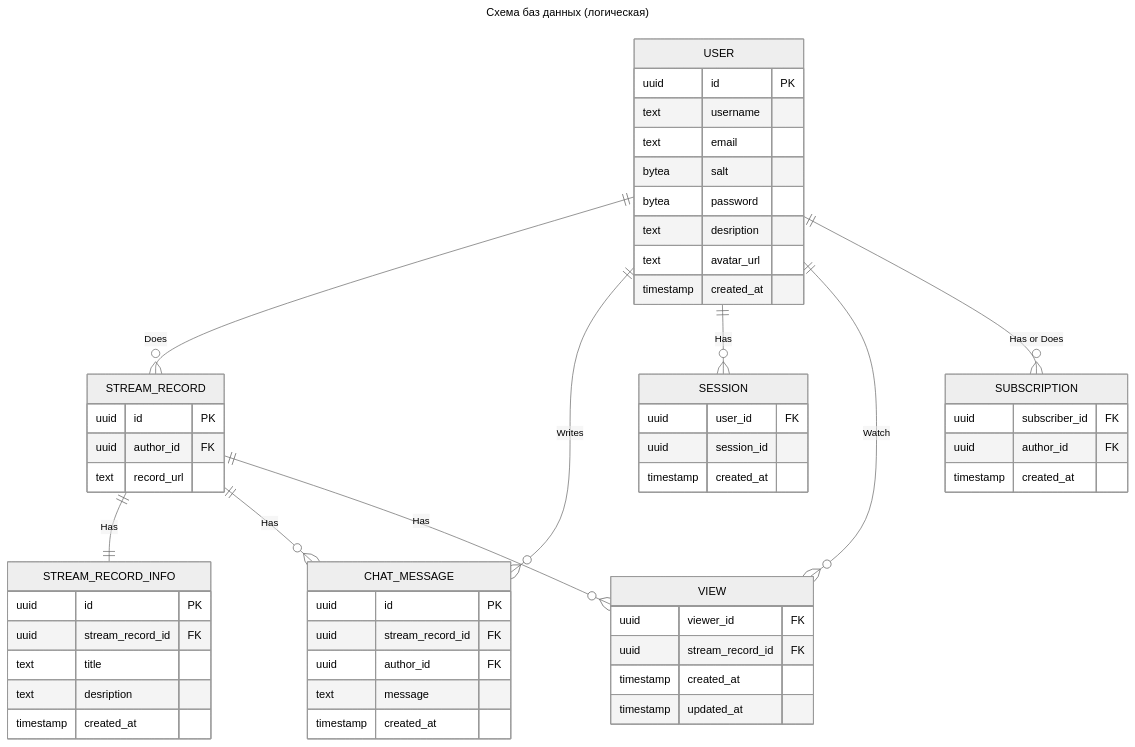
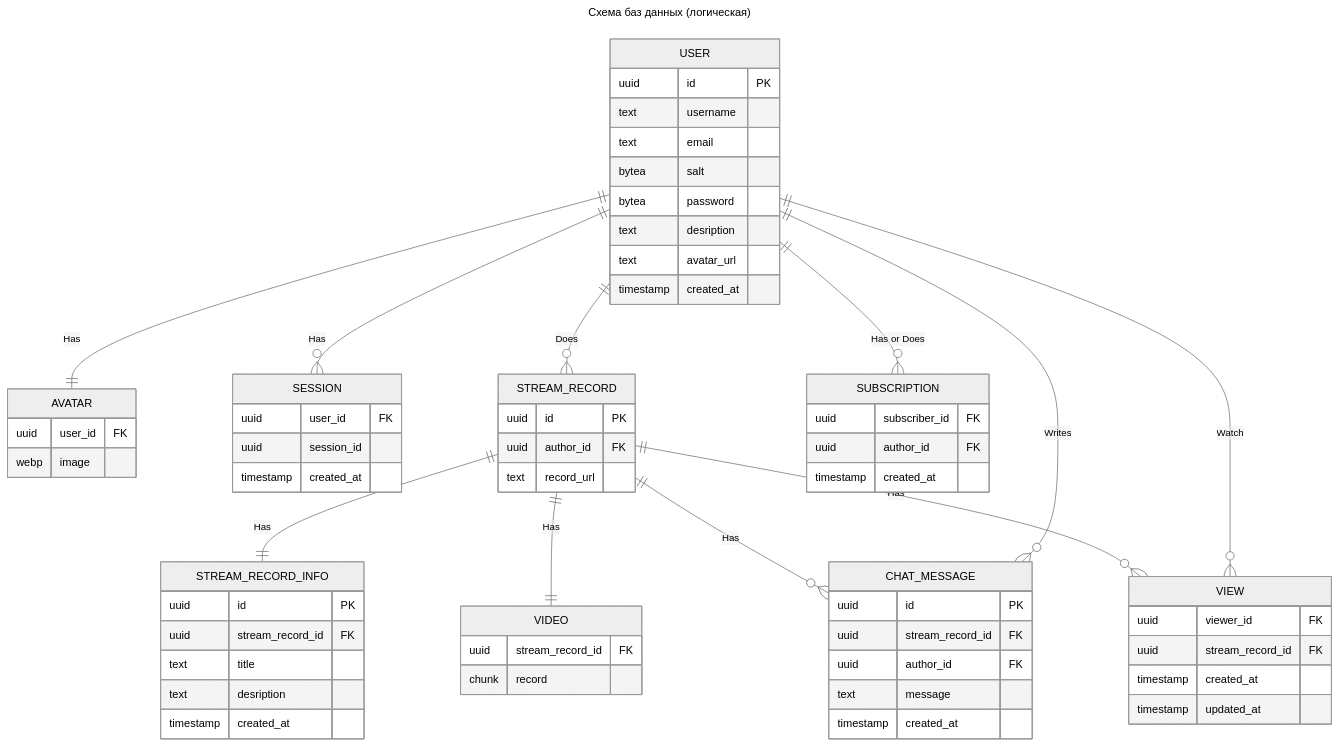
The diagram in README.md (He11Coder/Highload_VK_Twitch), drawn with Mermaid (neutral theme) before and after one commit. The commit also changed other lines of this file, not shown here.

````diff
--- a/README.md
+++ b/README.md
@@ -303,66 +303,78 @@
 ```mermaid
 ---
 title: Схема баз данных (логическая)
 ---
 erDiagram
     USER {
         uuid id PK
         text username
         text email
         bytea salt
         bytea password
         text desription
         text avatar_url
         timestamp created_at
+    }
+
+    AVATAR {
+        uuid user_id FK
+        webp image
     }
 
     SESSION {
         uuid user_id FK
         uuid session_id
         timestamp created_at
     }
 
     STREAM_RECORD {
         uuid id PK
         uuid author_id FK
         text record_url
     }
 
     STREAM_RECORD_INFO {
         uuid id PK
         uuid stream_record_id FK
         text title
         text desription
         timestamp created_at
+    }
+
+    VIDEO {
+        uuid stream_record_id FK
+        chunk record
     }
 
     CHAT_MESSAGE {
         uuid id PK
         uuid stream_record_id FK
         uuid author_id FK
         text message
         timestamp created_at
     }
 
     VIEW {
         uuid viewer_id FK
         uuid stream_record_id FK
         timestamp created_at
         timestamp updated_at
     }
 
     SUBSCRIPTION {
       uuid subscriber_id FK
       uuid author_id FK
       timestamp created_at
     }
 
     USER ||--o{ STREAM_RECORD : Does
+    USER ||--|| AVATAR : Has
     USER ||--o{ CHAT_MESSAGE : Writes
     USER ||--o{ SESSION : Has
     USER ||--o{ VIEW : Watch
     STREAM_RECORD ||--|| STREAM_RECORD_INFO : Has
     STREAM_RECORD ||--o{ CHAT_MESSAGE : Has
+  STREAM_RECORD ||--|| VIDEO : Has
     STREAM_RECORD ||--o{ VIEW : Has
     USER ||--o{ SUBSCRIPTION : "Has or Does"
 ```
````
